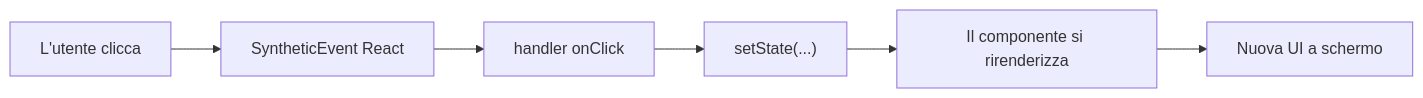
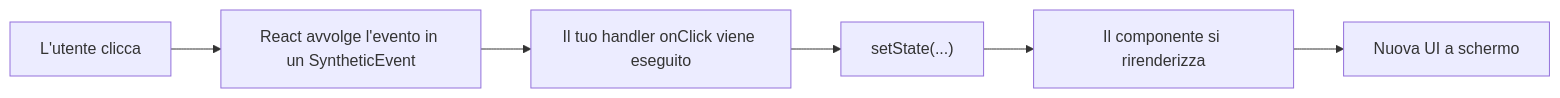
The seventh of 10 diagrams in arguments/chapters/it/01-fundamentals.md (BabaScience/react-guides), drawn with Mermaid before and after one commit. The commit also changed other lines of this file and 46 other files, not shown here.

````diff
--- a/arguments/chapters/it/01-fundamentals.md
+++ b/arguments/chapters/it/01-fundamentals.md
@@ -242,8 +778,8 @@
 ```mermaid
 graph LR
-    User[L'utente clicca] --> Synth[SyntheticEvent React]
-    Synth --> Handler[handler onClick]
+    User[L'utente clicca] --> Synth[React avvolge l'evento in un SyntheticEvent]
+    Synth --> Handler[Il tuo handler onClick viene eseguito]
     Handler --> SetState["setState(...)"]
     SetState --> Rerender[Il componente si rirenderizza]
     Rerender --> UI[Nuova UI a schermo]
 ```
````
